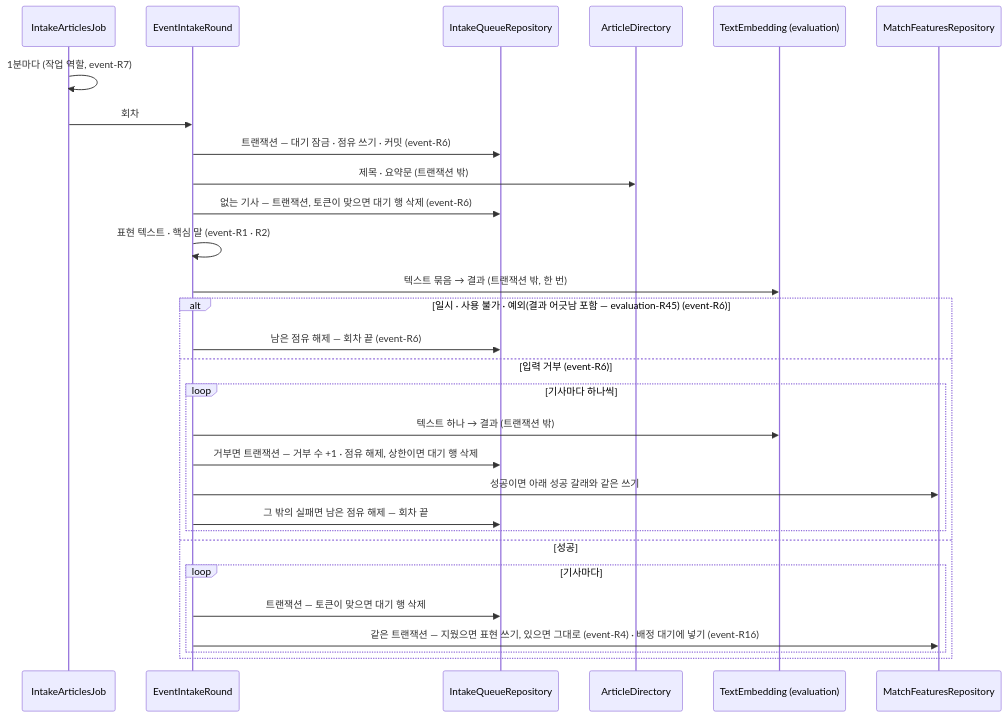
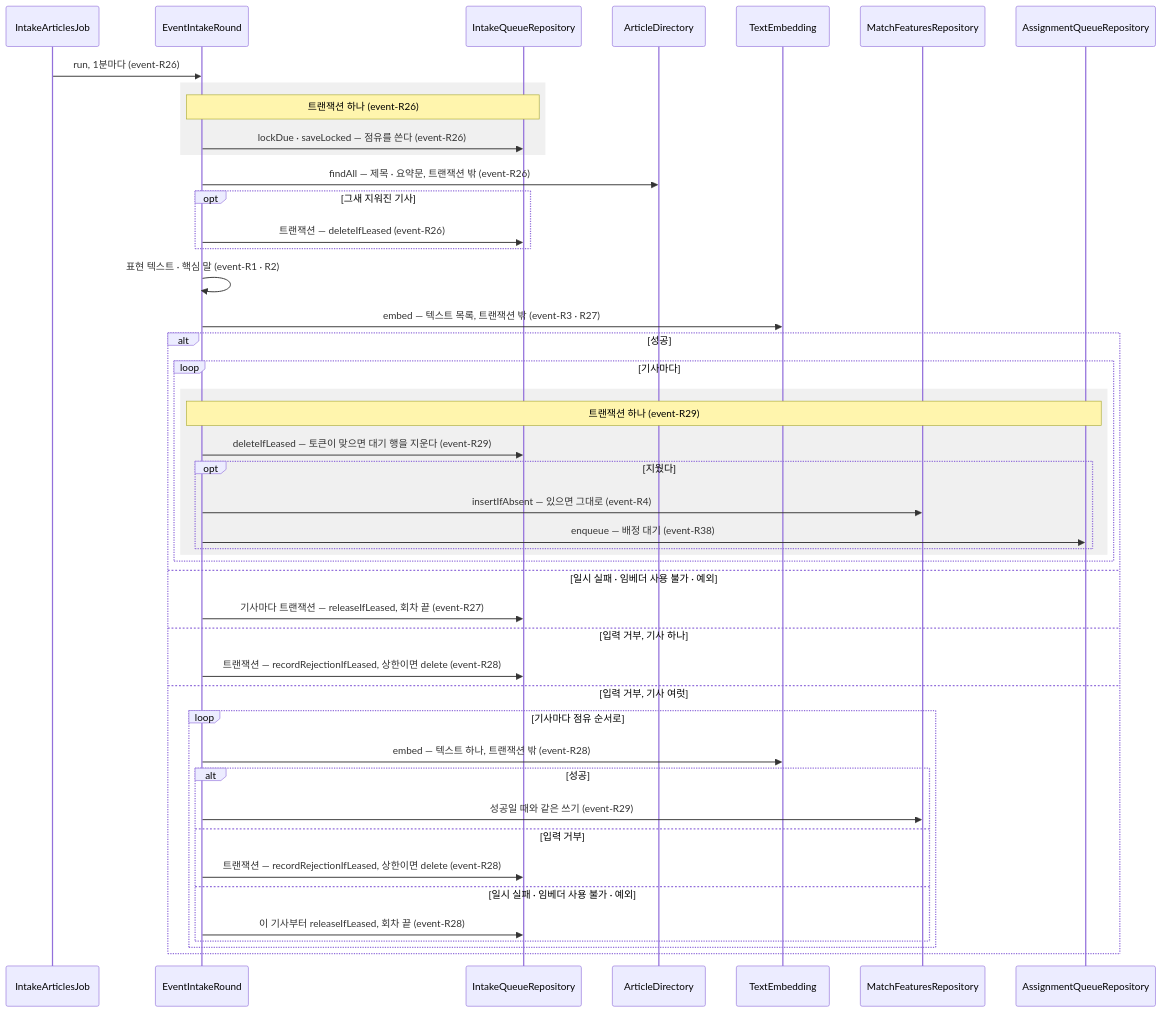
Before and after one commit to Theia0382/yozm-news: the first of 6 diagrams in docs/specs/event.md, drawn with Mermaid. The commit also changed other lines of this file, not shown here.

First line of the commit message:
docs: event Spec 다시 쓰기 — 규칙 쪼개기 · 시퀀스 그림

````diff
--- a/docs/specs/event.md
+++ b/docs/specs/event.md
@@ -343,32 +369,49 @@
 ```mermaid
 sequenceDiagram
     participant J as IntakeArticlesJob
     participant R as EventIntakeRound
     participant Q as IntakeQueueRepository
     participant A as ArticleDirectory
-    participant E as TextEmbedding (evaluation)
+    participant E as TextEmbedding
     participant F as MatchFeaturesRepository
+    participant P as AssignmentQueueRepository
 
-    J->>J: 1분마다 (작업 역할, event-R7)
-    J->>R: 회차
-    R->>Q: 트랜잭션 — 대기 잠금 · 점유 쓰기 · 커밋 (event-R6)
-    R->>A: 제목 · 요약문 (트랜잭션 밖)
-    R->>Q: 없는 기사 — 트랜잭션, 토큰이 맞으면 대기 행 삭제 (event-R6)
+    J->>R: run, 1분마다 (event-R26)
+    rect rgba(128, 128, 128, 0.12)
+    Note over R,Q: 트랜잭션 하나 (event-R26)
+    R->>Q: lockDue · saveLocked — 점유를 쓴다 (event-R26)
+    end
+    R->>A: findAll — 제목 · 요약문, 트랜잭션 밖 (event-R26)
+    opt 그새 지워진 기사
+        R->>Q: 트랜잭션 — deleteIfLeased (event-R26)
+    end
     R->>R: 표현 텍스트 · 핵심 말 (event-R1 · R2)
-    R->>E: 텍스트 묶음 → 결과 (트랜잭션 밖, 한 번)
-    alt 일시 · 사용 불가 · 예외(결과 어긋남 포함 — evaluation-R45) (event-R6)
-        R->>Q: 남은 점유 해제 — 회차 끝 (event-R6)
-    else 입력 거부 (event-R6)
-        loop 기사마다 하나씩
-            R->>E: 텍스트 하나 → 결과 (트랜잭션 밖)
-            R->>Q: 거부면 트랜잭션 — 거부 수 +1 · 점유 해제, 상한이면 대기 행 삭제
-            R->>F: 성공이면 아래 성공 갈래와 같은 쓰기
-            R->>Q: 그 밖의 실패면 남은 점유 해제 — 회차 끝
+    R->>E: embed — 텍스트 목록, 트랜잭션 밖 (event-R3 · R27)
+    alt 성공
+        loop 기사마다
+            rect rgba(128, 128, 128, 0.12)
+            Note over R,P: 트랜잭션 하나 (event-R29)
+            R->>Q: deleteIfLeased — 토큰이 맞으면 대기 행을 지운다 (event-R29)
+            opt 지웠다
+                R->>F: insertIfAbsent — 있으면 그대로 (event-R4)
+                R->>P: enqueue — 배정 대기 (event-R38)
+            end
+            end
         end
-    else 성공
-        loop 기사마다
-            R->>Q: 트랜잭션 — 토큰이 맞으면 대기 행 삭제
-            R->>F: 같은 트랜잭션 — 지웠으면 표현 쓰기, 있으면 그대로 (event-R4) · 배정 대기에 넣기 (event-R16)
+    else 일시 실패 · 임베더 사용 불가 · 예외
+        R->>Q: 기사마다 트랜잭션 — releaseIfLeased, 회차 끝 (event-R27)
+    else 입력 거부, 기사 하나
+        R->>Q: 트랜잭션 — recordRejectionIfLeased, 상한이면 delete (event-R28)
+    else 입력 거부, 기사 여럿
+        loop 기사마다 점유 순서로
+            R->>E: embed — 텍스트 하나, 트랜잭션 밖 (event-R28)
+            alt 성공
+                R->>F: 성공일 때와 같은 쓰기 (event-R29)
+            else 입력 거부
+                R->>Q: 트랜잭션 — recordRejectionIfLeased, 상한이면 delete (event-R28)
+            else 일시 실패 · 임베더 사용 불가 · 예외
+                R->>Q: 이 기사부터 releaseIfLeased, 회차 끝 (event-R28)
+            end
         end
     end
 ```
````
